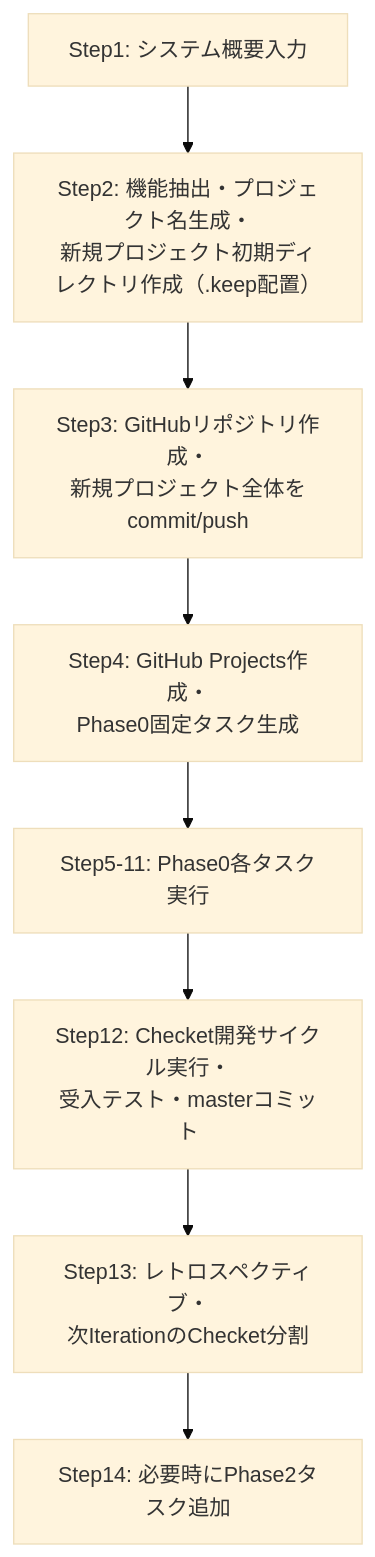
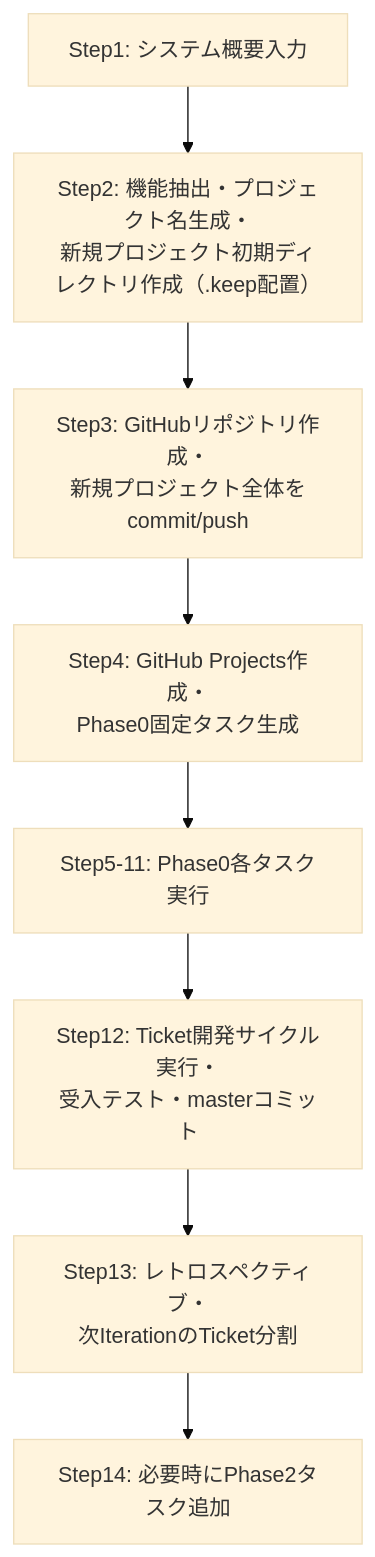
Before and after one commit to BossApe/lo-vibe: the first of 8 diagrams in _document/002.要件定義フェーズ/001.要件定義/001-01.機能要件定義書.md, drawn with Mermaid (base theme). The commit also changed other lines of this file and 5 other files, not shown here.

````diff
--- a/_document/002.要件定義フェーズ/001.要件定義/001-01.機能要件定義書.md
+++ b/_document/002.要件定義フェーズ/001.要件定義/001-01.機能要件定義書.md
@@ -58,15 +58,15 @@
 ```mermaid
 flowchart TD
     A[Step1: システム概要入力] --> B[Step2: 機能抽出・プロジェクト名生成・
 新規プロジェクト初期ディレクトリ作成（.keep配置）]
     B --> C[Step3: GitHubリポジトリ作成・
 新規プロジェクト全体をcommit/push]
     C --> D[Step4: GitHub Projects作成・
 Phase0固定タスク生成]
     D --> E[Step5-11: Phase0各タスク実行]
-    E --> F[Step12: Checket開発サイクル実行・
+    E --> F[Step12: Ticket開発サイクル実行・
 受入テスト・masterコミット]
     F --> G[Step13: レトロスペクティブ・
-次IterationのChecket分割]
+次IterationのTicket分割]
     G --> H[Step14: 必要時にPhase2タスク追加]
 ```
````
